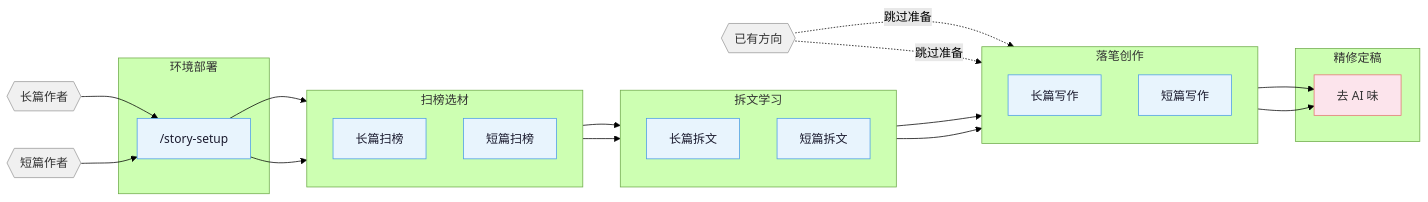
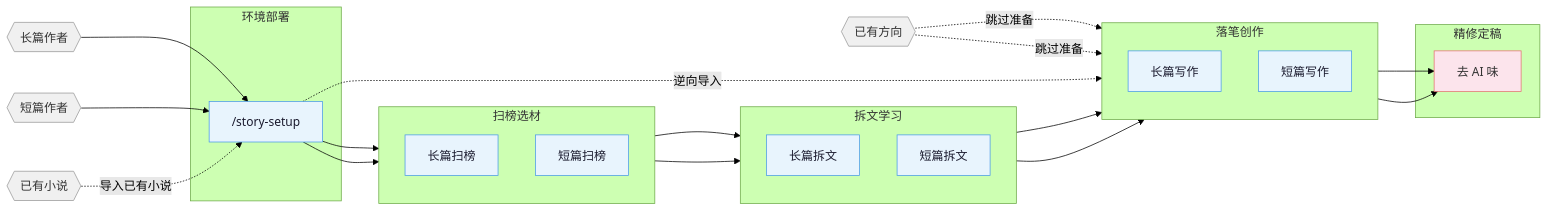
Before and after one commit to DevZonayed/nexalance-skill-worldwonderer-oh-story-claudecode: the diagram in README.md, drawn with Mermaid (forest theme). The commit also changed other lines of this file and 13 other files, not shown here.

````diff
--- a/README.md
+++ b/README.md
@@ -7,49 +7,52 @@
 ```mermaid
 flowchart LR
     classDef entry fill:#f0f0f0,color:#333,stroke:#999,stroke-width:1px
     classDef phase fill:#e8f4fd,color:#1a1a2e,stroke:#4a9be8,stroke-width:1px
     classDef final fill:#fce4ec,color:#333,stroke:#e57373,stroke-width:1px
 
     entry_l{{"长篇作者"}}:::entry
     entry_s{{"短篇作者"}}:::entry
     entry_r{{"已有方向"}}:::entry
+    entry_i{{"已有小说"}}:::entry
 
     subgraph S0 ["  环境部署"]
         setup["/story-setup"]:::phase
     end
 
     subgraph S1 ["  扫榜选材"]
         direction TB
         scan_l["长篇扫榜"]:::phase
         scan_s["短篇扫榜"]:::phase
     end
 
     subgraph S2 ["  拆文学习"]
         direction TB
         analyze_l["长篇拆文"]:::phase
         analyze_s["短篇拆文"]:::phase
     end
 
     subgraph S3 ["  落笔创作"]
         direction TB
         write_l["长篇写作"]:::phase
         write_s["短篇写作"]:::phase
     end
 
     subgraph S4 ["  精修定稿"]
         deslop["去 AI 味"]:::final
     end
 
     entry_l --> setup
     entry_s --> setup
     setup --> scan_l
     setup --> scan_s
     scan_l --> analyze_l
     scan_s --> analyze_s
     analyze_l --> write_l
     analyze_s --> write_s
     entry_r -.->|跳过准备| write_l
     entry_r -.->|跳过准备| write_s
+    entry_i -.->|导入已有小说| setup
+    setup -.->|逆向导入| write_l
     write_l --> deslop
     write_s --> deslop
 ```
````
